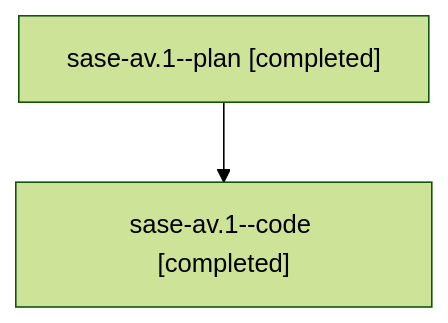
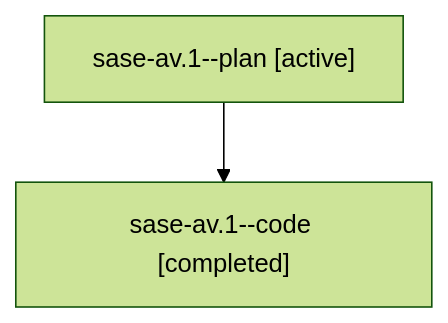
The diagram in families/bbugyi200.athena.sase-av.1.md (sase-org/sase--agents), drawn with Mermaid (forest theme) before and after one commit. The commit also changed other lines of this file and 5813 other files, not shown here.

````diff
--- a/families/bbugyi200.athena.sase-av.1.md
+++ b/families/bbugyi200.athena.sase-av.1.md
@@ -9,6 +9,6 @@
 ```mermaid
 flowchart TD
-  n0["sase-av.1--plan [completed]"]
+  n0["sase-av.1--plan [active]"]
   n1["sase-av.1--code [completed]"]
   n0 --> n1
 ```
````
